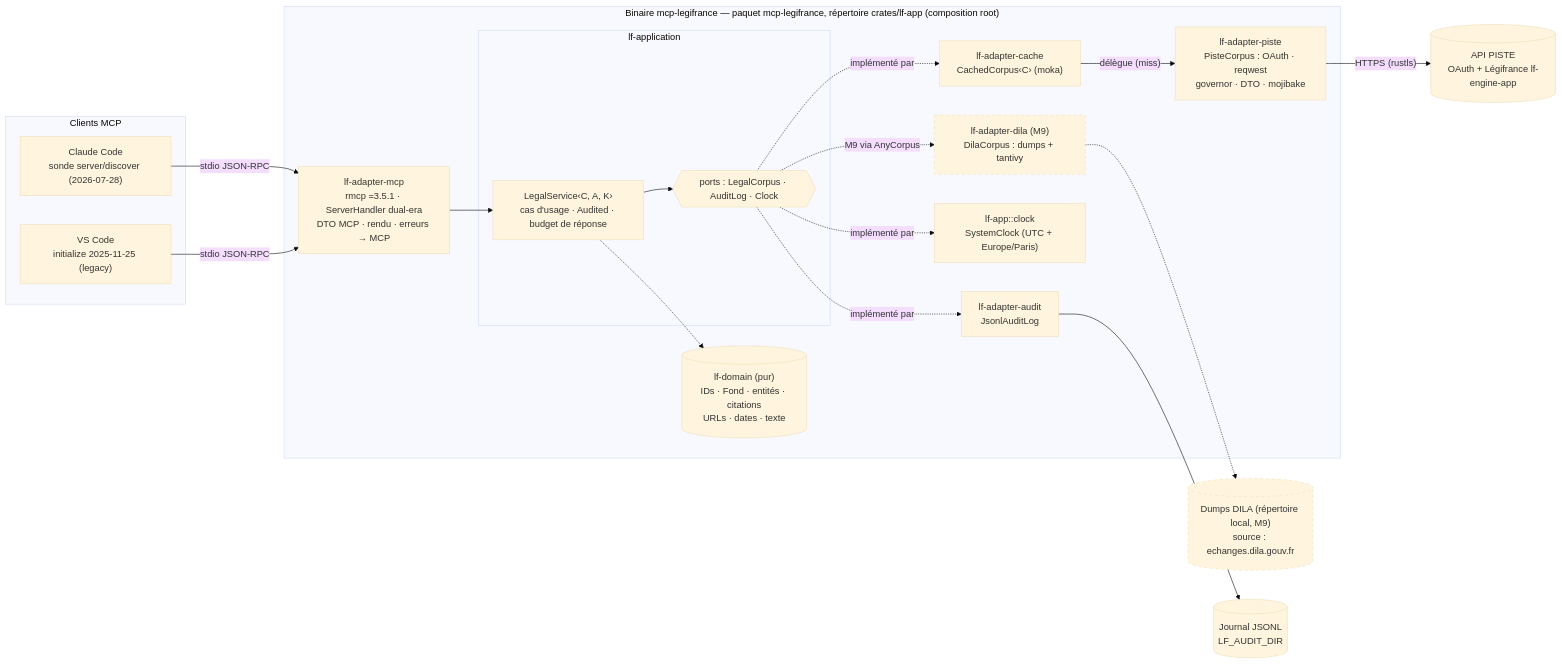
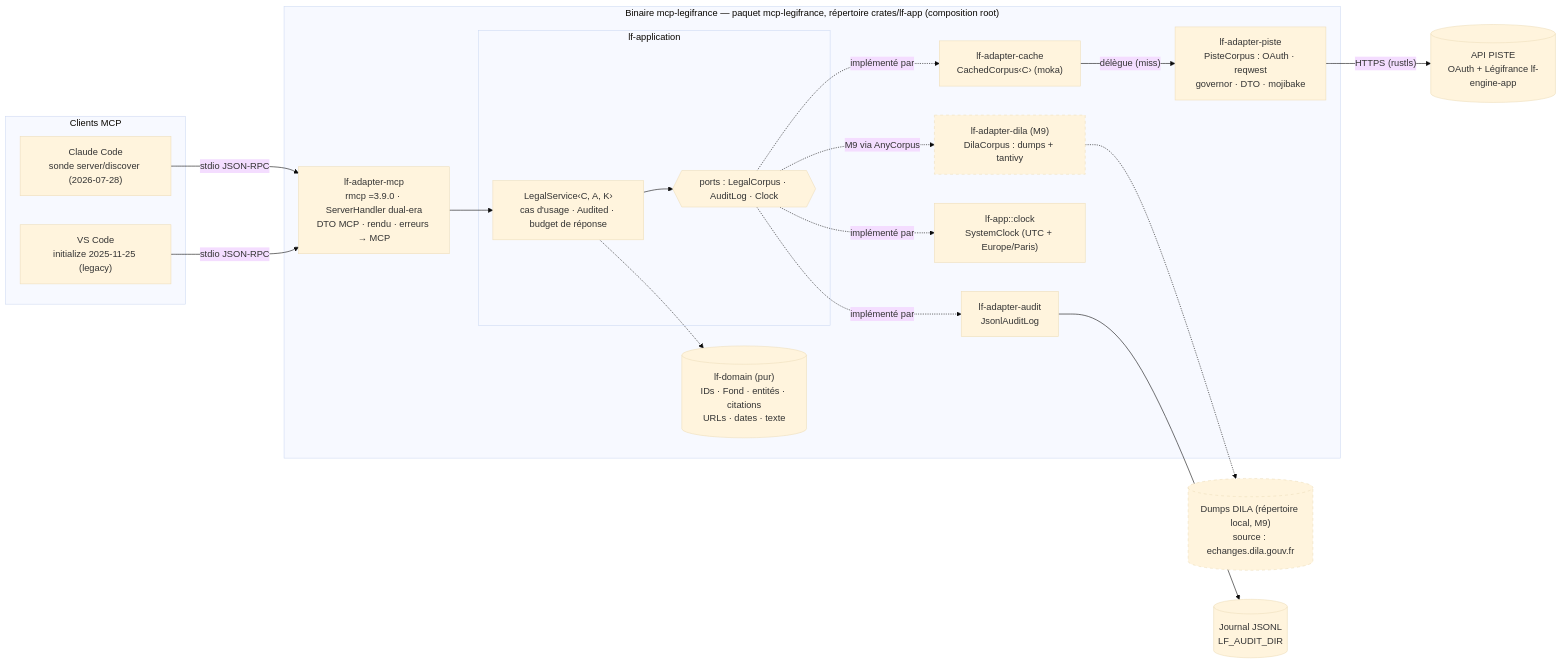
One commit to muchiny/mcp-legifrance changed the first of 3 diagrams in docs/plan/02-architecture.md. Above: the diagram before and after it, drawn with Mermaid (base theme). The commit also changed other lines of this file and 25 other files, not shown here.

````diff
--- a/docs/plan/02-architecture.md
+++ b/docs/plan/02-architecture.md
@@ -40,42 +40,42 @@
 ```mermaid
 flowchart LR
   subgraph clients["Clients MCP"]
     CC["Claude Code<br/>sonde server/discover (2026-07-28)"]
     VS["VS Code<br/>initialize 2025-11-25 (legacy)"]
   end
 
   subgraph bin["Binaire mcp-legifrance — paquet mcp-legifrance, répertoire crates/lf-app (composition root)"]
-    MCP["lf-adapter-mcp<br/>rmcp =3.5.1 · ServerHandler dual-era<br/>DTO MCP · rendu · erreurs → MCP"]
+    MCP["lf-adapter-mcp<br/>rmcp =3.9.0 · ServerHandler dual-era<br/>DTO MCP · rendu · erreurs → MCP"]
     subgraph appl["lf-application"]
       SVC["LegalService‹C, A, K›<br/>cas d'usage · Audited · budget de réponse"]
       PORTS{{"ports : LegalCorpus · AuditLog · Clock"}}
     end
     DOM[("lf-domain (pur)<br/>IDs · Fond · entités · citations<br/>URLs · dates · texte")]
     CACHE["lf-adapter-cache<br/>CachedCorpus‹C› (moka)"]
     PISTE["lf-adapter-piste<br/>PisteCorpus : OAuth · reqwest<br/>governor · DTO · mojibake"]
     AUDIT["lf-adapter-audit<br/>JsonlAuditLog"]
     CLK["lf-app::clock<br/>SystemClock (UTC + Europe/Paris)"]
     DILA["lf-adapter-dila (M9)<br/>DilaCorpus : dumps + tantivy"]
   end
 
   API[("API PISTE<br/>OAuth + Légifrance lf-engine-app")]
   DUMPS[("Dumps DILA (répertoire local, M9)<br/>source : echanges.dila.gouv.fr")]
   FS[("Journal JSONL<br/>LF_AUDIT_DIR")]
 
   CC -- "stdio JSON-RPC" --> MCP
   VS -- "stdio JSON-RPC" --> MCP
   MCP --> SVC
   SVC --> PORTS
   SVC -.-> DOM
   PORTS -. "implémenté par" .-> CACHE
   CACHE -- "délègue (miss)" --> PISTE
   PORTS -. "implémenté par" .-> AUDIT
   PORTS -. "implémenté par" .-> CLK
   PORTS -. "M9 via AnyCorpus" .-> DILA
   PISTE -- "HTTPS (rustls)" --> API
   AUDIT --> FS
   DILA -.-> DUMPS
 
   classDef m9 stroke-dasharray: 5 5
   class DILA,DUMPS m9
 ```
````
